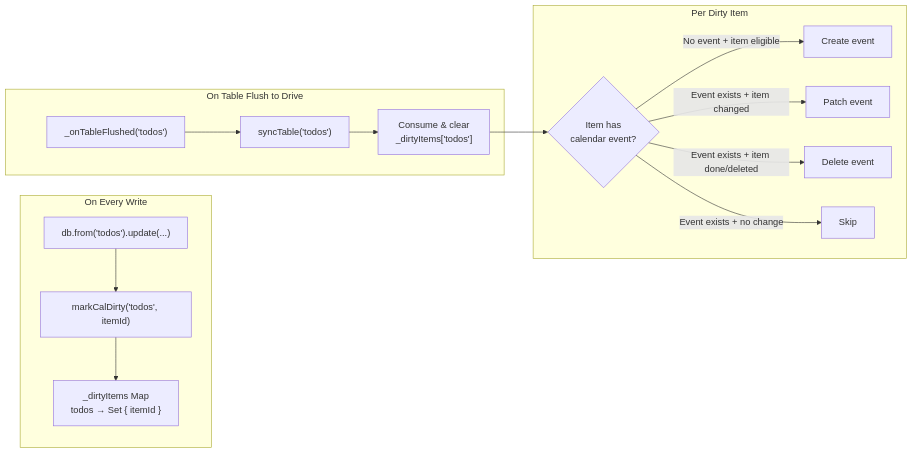
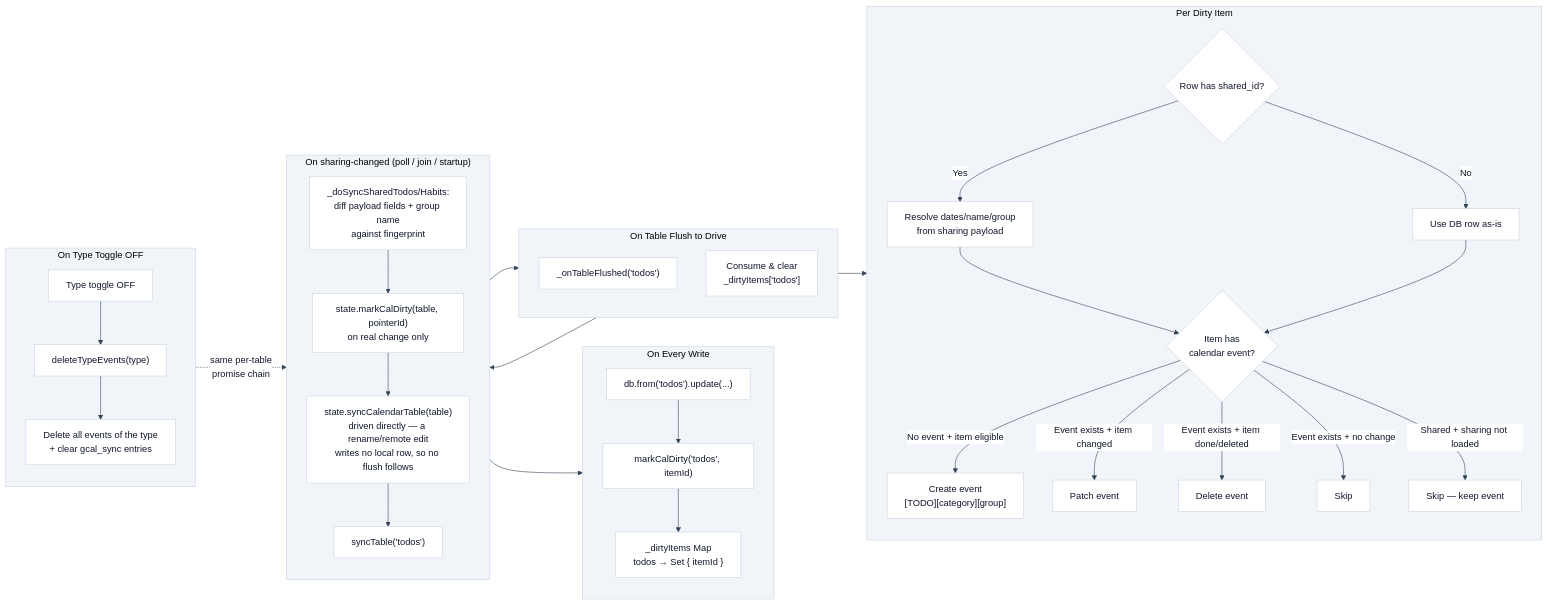
One commit to AntGro/DeLaClaw changed the seventh of 8 diagrams in docs-site/sync-architecture.md. Above: the diagram before and after it, drawn with Mermaid. The commit also changed other lines of this file and 133 other files, not shown here.

````diff
--- a/docs-site/sync-architecture.md
+++ b/docs-site/sync-architecture.md
@@ -114,24 +441,55 @@
 ```mermaid
+%%{init: {'theme': 'base', 'themeVariables': {'background': '#fbfaf8', 'primaryColor': '#ffffff', 'primaryBorderColor': '#cbd5e1', 'primaryTextColor': '#0f172a', 'lineColor': '#334155', 'clusterBkg': '#f1f5f9', 'clusterBorder': '#cbd5e1'}}}%%
 flowchart LR
     subgraph Writes["On Every Write"]
+        direction TB
         W1["db.from('todos').update(...)"]
         W2["markCalDirty('todos', itemId)"]
         W1 --> W2
         W2 --> DS["_dirtyItems Map<br/>todos → Set { itemId }"]
     end
 
+    subgraph Shared["On sharing-changed (poll / join / startup)"]
+        direction TB
+        S1["_doSyncSharedTodos/Habits:<br/>diff payload fields + group name<br/>against fingerprint"]
+        S2["state.markCalDirty(table, pointerId)<br/>on real change only"]
+        S3["state.syncCalendarTable(table)<br/>driven directly — a rename/remote edit<br/>writes no local row, so no flush follows"]
+        S1 --> S2
+        S2 --> DS
+        S2 --> S3
+        S3 --> F2
+    end
+
     subgraph Flush["On Table Flush to Drive"]
+        direction TB
         F1["_onTableFlushed('todos')"]
         F2["syncTable('todos')"]
         F1 --> F2
         F2 --> DS2["Consume & clear<br/>_dirtyItems['todos']"]
     end
 
     subgraph Sync["Per Dirty Item"]
-        DS2 --> CHECK{"Item has<br/>calendar event?"}
-        CHECK -->|"No event + item eligible"| CREATE["Create event"]
+        direction TB
+        DS2 --> RES{"Row has shared_id?"}
+        RES -->|"Yes"| PAYLOAD["Resolve dates/name/group<br/>from sharing payload"]
+        RES -->|"No"| ROW["Use DB row as-is"]
+        PAYLOAD --> CHECK{"Item has<br/>calendar event?"}
+        ROW --> CHECK
+        CHECK -->|"No event + item eligible"| CREATE["Create event<br/>[TODO][category][group]"]
         CHECK -->|"Event exists + item changed"| PATCH["Patch event"]
         CHECK -->|"Event exists + item done/deleted"| DELETE["Delete event"]
         CHECK -->|"Event exists + no change"| SKIP["Skip"]
+        CHECK -->|"Shared + sharing not loaded"| SKIP2["Skip — keep event"]
     end
+
+    subgraph ToggleOff["On Type Toggle OFF"]
+        direction TB
+        T1["Type toggle OFF"]
+        T2["deleteTypeEvents(type)"]
+        T3["Delete all events of the type<br/>+ clear gcal_sync entries"]
+        T1 --> T2
+        T2 --> T3
+    end
+
+    T2 -.->|"same per-table<br/>promise chain"| F2
 ```
````
